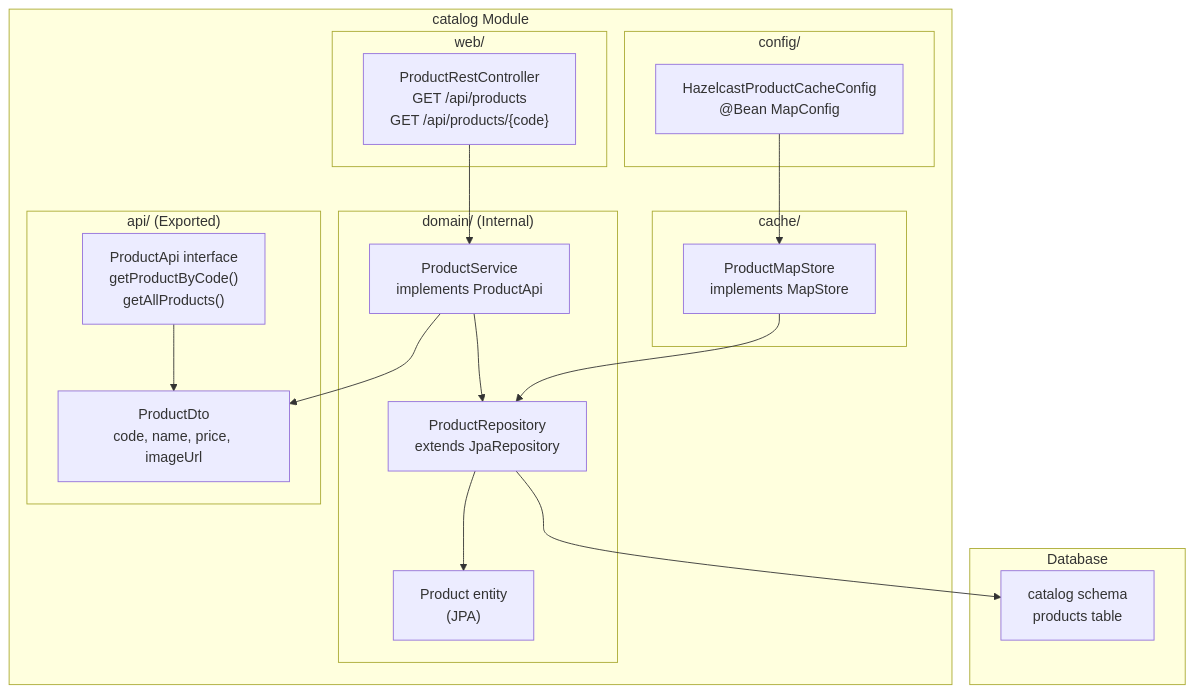
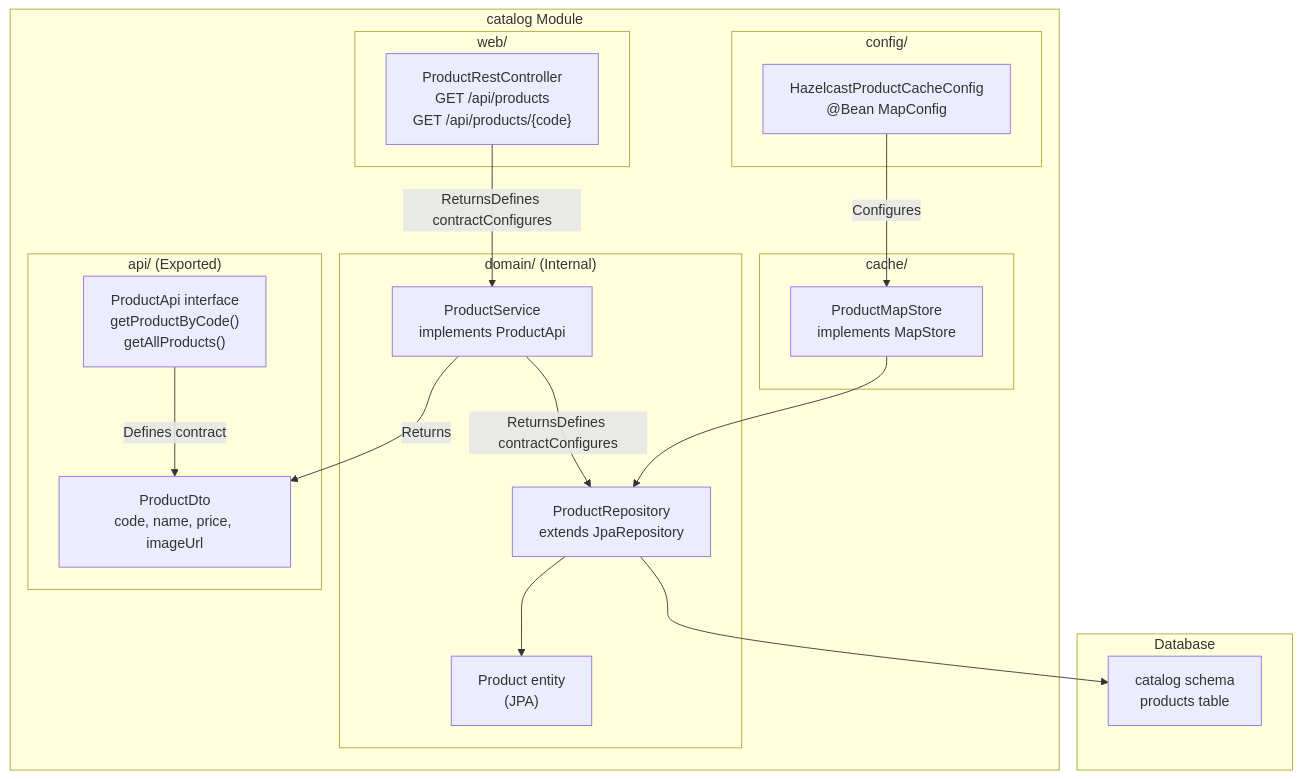
The fifth of 12 diagrams in docs/deepwiki/Module-Structure-and-Boundaries.md (philipz/spring-modular-monolith), drawn with Mermaid before and after one commit. The commit also changed other lines of this file and 55 other files, not shown here.

````diff
--- a/docs/deepwiki/Module-Structure-and-Boundaries.md
+++ b/docs/deepwiki/Module-Structure-and-Boundaries.md
@@ -270,52 +270,52 @@
 ```mermaid
 flowchart TD
 
 ProductApi["ProductApi interface<br>getProductByCode()<br>getAllProducts()"]
 ProductDto["ProductDto<br>code, name, price, imageUrl"]
 ProductService["ProductService<br>implements ProductApi"]
 ProductRepo["ProductRepository<br>extends JpaRepository"]
 ProductEntity["Product entity<br>(JPA)"]
 ProductRestController["ProductRestController<br>GET /api/products<br>GET /api/products/{code}"]
 ProductMapStore["ProductMapStore<br>implements MapStore"]
 HZProductCacheConfig["HazelcastProductCacheConfig<br>@Bean MapConfig"]
 CatalogSchema["catalog schema<br>products table"]
 
 ProductRepo --> CatalogSchema
 
 subgraph Database ["Database"]
     CatalogSchema
 end
 
 subgraph subGraph5 ["catalog Module"]
-    ProductRestController --> ProductService
-    ProductService --> ProductDto
+    ProductRestController -->|"ReturnsDefines contractConfigures"| ProductService
+    ProductService -->|"Returns"| ProductDto
     ProductMapStore --> ProductRepo
-    HZProductCacheConfig --> ProductMapStore
+    HZProductCacheConfig -->|"Configures"| ProductMapStore
 
 subgraph config/ ["config/"]
     HZProductCacheConfig
 end
 
 subgraph cache/ ["cache/"]
     ProductMapStore
 end
 
 subgraph web/ ["web/"]
     ProductRestController
 end
 
 subgraph subGraph1 ["domain/ (Internal)"]
     ProductService
     ProductRepo
     ProductEntity
-    ProductService --> ProductRepo
+    ProductService -->|"ReturnsDefines contractConfigures"| ProductRepo
     ProductRepo --> ProductEntity
 end
 
 subgraph subGraph0 ["api/ (Exported)"]
     ProductApi
     ProductDto
-    ProductApi --> ProductDto
+    ProductApi -->|"Defines contract"| ProductDto
 end
 end
 ```
````
